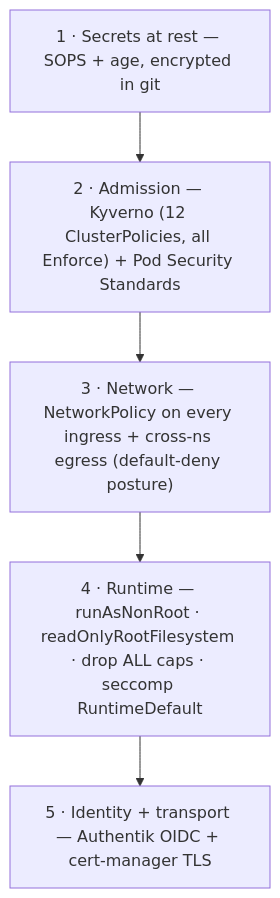
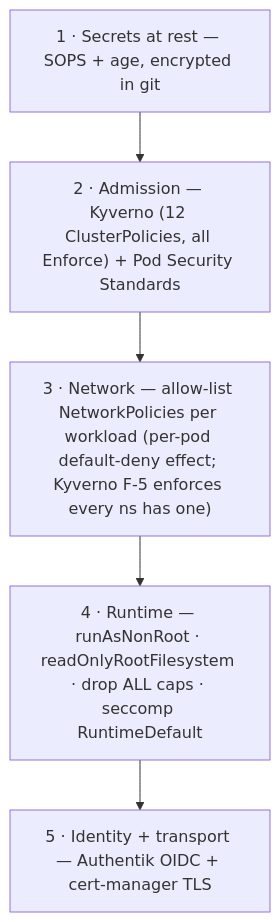
Before and after one commit to AKhozya/homelab: the fourth of 4 diagrams in docs/ARCHITECTURE.md, drawn with Mermaid. The commit also changed other lines of this file and 1 other file, not shown here.

Commit message:
docs: ARCHITECTURE.md cut-corner pass — fix CF tunnel traffic path (bypasses Traefik), soften default-deny phrasing, add failure-modes table + omitted-detail notes; CLAUDE.md 17→16 apps

````diff
--- a/docs/ARCHITECTURE.md
+++ b/docs/ARCHITECTURE.md
@@ -87,9 +94,9 @@
 ```mermaid
 flowchart TB
   L1["1 · Secrets at rest — SOPS + age, encrypted in git"]
   L2["2 · Admission — Kyverno (12 ClusterPolicies, all Enforce) + Pod Security Standards"]
-  L3["3 · Network — NetworkPolicy on every ingress + cross-ns egress (default-deny posture)"]
+  L3["3 · Network — allow-list NetworkPolicies per workload (per-pod default-deny effect; Kyverno F-5 enforces every ns has one)"]
   L4["4 · Runtime — runAsNonRoot · readOnlyRootFilesystem · drop ALL caps · seccomp RuntimeDefault"]
   L5["5 · Identity + transport — Authentik OIDC + cert-manager TLS"]
   L1 --> L2 --> L3 --> L4 --> L5
 ```
````
